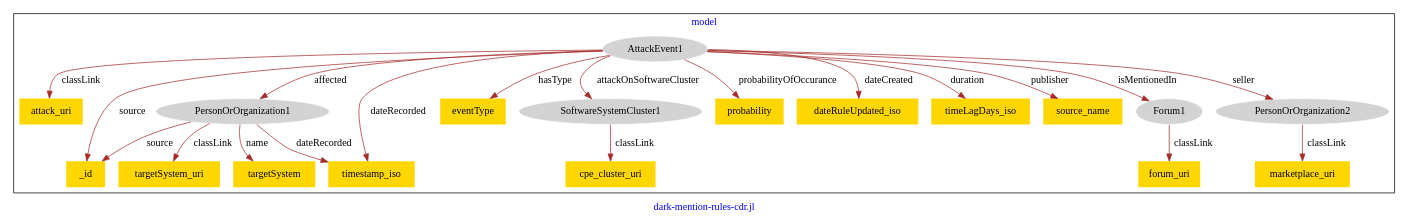
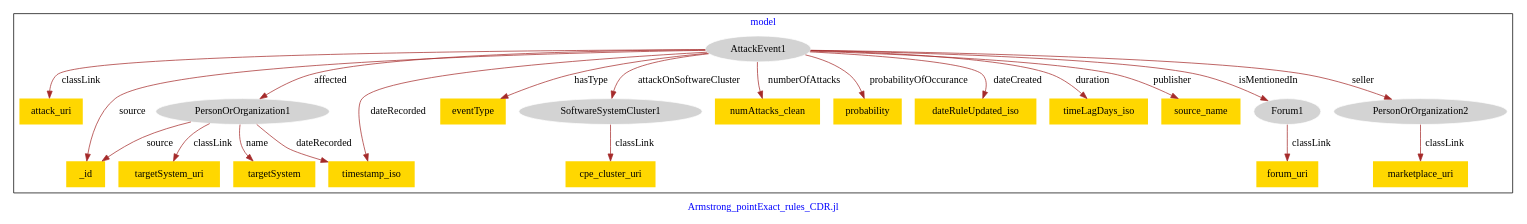
One commit to usc-isi-i2/effect-alignment changed the diagram in models/asu-dark-mention-rules/asu-dark-mention-rules-model.dot. Above: the diagram before and after it, drawn with Graphviz.

Commit message:
Update file asu-dark-mention-rules-model.dot

```diff
--- a/models/asu-dark-mention-rules/asu-dark-mention-rules-model.dot
+++ b/models/asu-dark-mention-rules/asu-dark-mention-rules-model.dot
@@ -1,45 +1,47 @@
 digraph n0 {
 fontcolor="blue"
 remincross="true"
-label="dark-mention-rules-cdr.jl"
+label="Armstrong_pointExact_rules_CDR.jl"
 subgraph cluster {
 label="model"
 n2[style="filled",color="white",fillcolor="lightgray",label="AttackEvent1"];
 n3[shape="plaintext",style="filled",fillcolor="gold",label="attack_uri"];
 n4[style="filled",color="white",fillcolor="lightgray",label="PersonOrOrganization1"];
 n5[style="filled",color="white",fillcolor="lightgray",label="SoftwareSystemCluster1"];
 n6[shape="plaintext",style="filled",fillcolor="gold",label="timestamp_iso"];
 n7[shape="plaintext",style="filled",fillcolor="gold",label="eventType"];
 n8[style="filled",color="white",fillcolor="lightgray",label="Forum1"];
-n9[shape="plaintext",style="filled",fillcolor="gold",label="probability"];
-n10[shape="plaintext",style="filled",fillcolor="gold",label="dateRuleUpdated_iso"];
-n11[shape="plaintext",style="filled",fillcolor="gold",label="timeLagDays_iso"];
-n12[shape="plaintext",style="filled",fillcolor="gold",label="source_name"];
-n13[style="filled",color="white",fillcolor="lightgray",label="PersonOrOrganization2"];
-n14[shape="plaintext",style="filled",fillcolor="gold",label="_id"];
-n15[shape="plaintext",style="filled",fillcolor="gold",label="forum_uri"];
-n16[shape="plaintext",style="filled",fillcolor="gold",label="targetSystem_uri"];
-n17[shape="plaintext",style="filled",fillcolor="gold",label="targetSystem"];
-n18[shape="plaintext",style="filled",fillcolor="gold",label="marketplace_uri"];
-n19[shape="plaintext",style="filled",fillcolor="gold",label="cpe_cluster_uri"];
+n9[shape="plaintext",style="filled",fillcolor="gold",label="numAttacks_clean"];
+n10[shape="plaintext",style="filled",fillcolor="gold",label="probability"];
+n11[shape="plaintext",style="filled",fillcolor="gold",label="dateRuleUpdated_iso"];
+n12[shape="plaintext",style="filled",fillcolor="gold",label="timeLagDays_iso"];
+n13[shape="plaintext",style="filled",fillcolor="gold",label="source_name"];
+n14[style="filled",color="white",fillcolor="lightgray",label="PersonOrOrganization2"];
+n15[shape="plaintext",style="filled",fillcolor="gold",label="_id"];
+n16[shape="plaintext",style="filled",fillcolor="gold",label="forum_uri"];
+n17[shape="plaintext",style="filled",fillcolor="gold",label="targetSystem_uri"];
+n18[shape="plaintext",style="filled",fillcolor="gold",label="targetSystem"];
+n19[shape="plaintext",style="filled",fillcolor="gold",label="marketplace_uri"];
+n20[shape="plaintext",style="filled",fillcolor="gold",label="cpe_cluster_uri"];
 }
 n2 -> n3[color="brown",fontcolor="black",label="classLink"]
 n2 -> n4[color="brown",fontcolor="black",label="affected"]
 n2 -> n5[color="brown",fontcolor="black",label="attackOnSoftwareCluster"]
 n2 -> n6[color="brown",fontcolor="black",label="dateRecorded"]
 n2 -> n7[color="brown",fontcolor="black",label="hasType"]
 n2 -> n8[color="brown",fontcolor="black",label="isMentionedIn"]
-n2 -> n9[color="brown",fontcolor="black",label="probabilityOfOccurance"]
-n2 -> n10[color="brown",fontcolor="black",label="dateCreated"]
-n2 -> n11[color="brown",fontcolor="black",label="duration"]
-n2 -> n12[color="brown",fontcolor="black",label="publisher"]
-n2 -> n13[color="brown",fontcolor="black",label="seller"]
-n2 -> n14[color="brown",fontcolor="black",label="source"]
-n8 -> n15[color="brown",fontcolor="black",label="classLink"]
-n4 -> n16[color="brown",fontcolor="black",label="classLink"]
-n4 -> n17[color="brown",fontcolor="black",label="name"]
-n13 -> n18[color="brown",fontcolor="black",label="classLink"]
-n5 -> n19[color="brown",fontcolor="black",label="classLink"]
+n2 -> n9[color="brown",fontcolor="black",label="numberOfAttacks"]
+n2 -> n10[color="brown",fontcolor="black",label="probabilityOfOccurance"]
+n2 -> n11[color="brown",fontcolor="black",label="dateCreated"]
+n2 -> n12[color="brown",fontcolor="black",label="duration"]
+n2 -> n13[color="brown",fontcolor="black",label="publisher"]
+n2 -> n14[color="brown",fontcolor="black",label="seller"]
+n2 -> n15[color="brown",fontcolor="black",label="source"]
+n8 -> n16[color="brown",fontcolor="black",label="classLink"]
+n4 -> n17[color="brown",fontcolor="black",label="classLink"]
+n4 -> n18[color="brown",fontcolor="black",label="name"]
+n14 -> n19[color="brown",fontcolor="black",label="classLink"]
+n5 -> n20[color="brown",fontcolor="black",label="classLink"]
+n4 -> n15[color="brown",fontcolor="black",label="source"]
 n4 -> n6[color="brown",fontcolor="black",label="dateRecorded"]
-n4 -> n14[color="brown",fontcolor="black",label="source"]
 }
```
